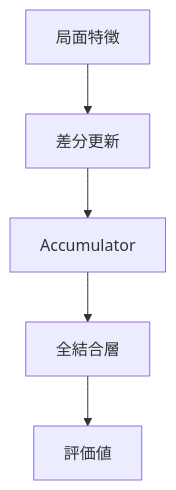
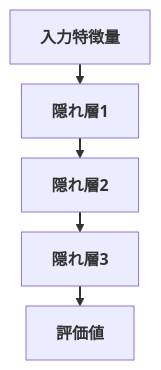
The fourth of 6 diagrams in slides.md (nodchip/wcsc36-presentation), drawn with Mermaid before and after one commit. The commit also changed other lines of this file, not shown here.

````diff
--- a/slides.md
+++ b/slides.md
@@ -329,7 +316,11 @@
 ```mermaid
+%%{init: {'flowchart': {'useMaxWidth': true, 'rankSpacing': 20, 'nodeSpacing': 20}}}%%
 flowchart TD
-  A[局面特徴] --> B[差分更新]
-  B --> C[Accumulator]
-  C --> D[全結合層]
-  D --> E[評価値]
+  I[入力特徴量] --> A1[隠れ層1]
+  A1 --> A2[隠れ層2]
+  A2 --> A3[隠れ層3]
+  A3 --> O[評価値]
+
+  classDef default font-weight:700;
+  linkStyle default stroke-width:2px;
 ```
````
